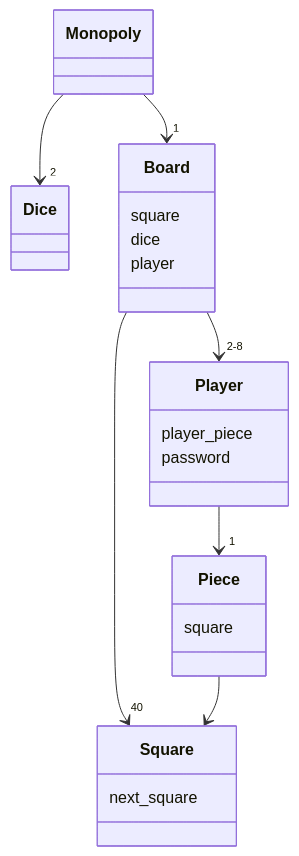
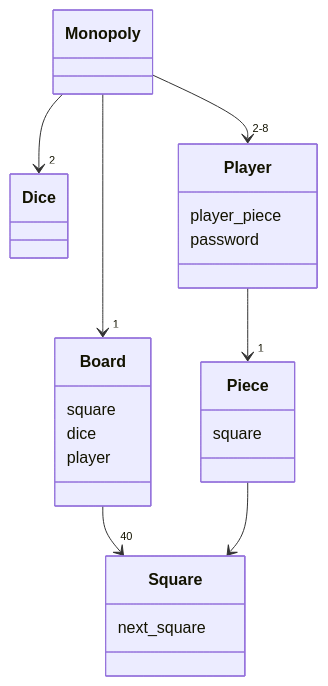
The diagram in laskarit/viikko3/classdiagram.md (JesseHantula/JokerPoker), drawn with Mermaid before and after one commit.

````diff
--- a/laskarit/viikko3/classdiagram.md
+++ b/laskarit/viikko3/classdiagram.md
@@ -1,30 +1,30 @@
 ```mermaid
 classDiagram
     Monopoly --> "2" Dice
     Monopoly --> "1" Board
-    Board --> "2-8" Player
+    Monopoly --> "2-8" Player
     Board --> "40" Square
     Piece --> Square
     Player --> "1" Piece
         class Monopoly{
 
         }
         class Dice{
 
         }
         class Player{
             player_piece
             password
         }
         class Board{
             square
             dice
             player
         }
         class Square{
             next_square
         }
         class Piece{
             square
         }
 ```
````
